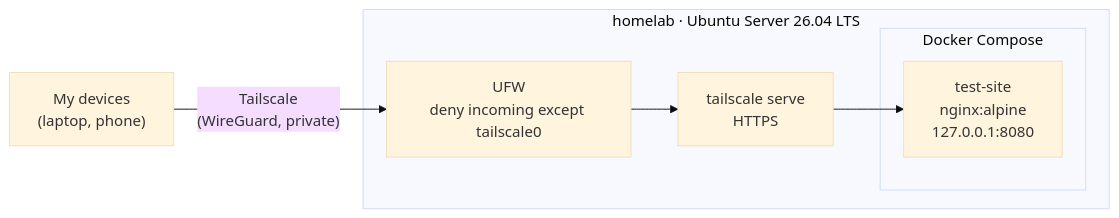
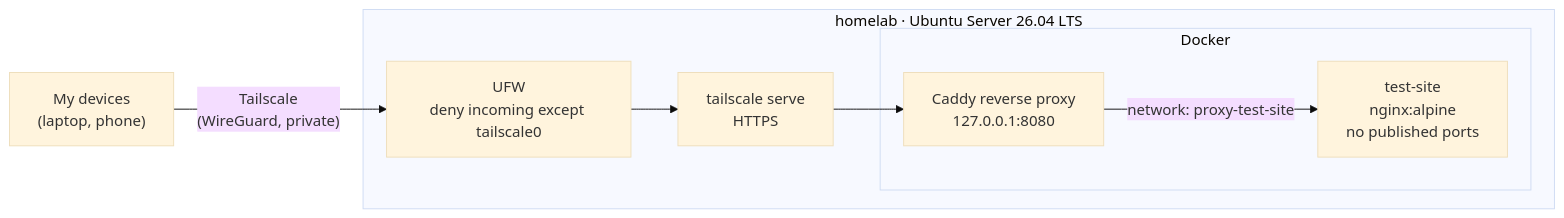
Before and after one commit to Eng-Ben/homelab-infrastructure: the diagram in README.md, drawn with Mermaid (base theme). The commit also changed other lines of this file, not shown here.

````diff
--- a/README.md
+++ b/README.md
@@ -7,14 +7,16 @@
 ```mermaid
 flowchart LR
   Client["My devices<br/>(laptop, phone)"]
 
   subgraph Server["homelab · Ubuntu Server 26.04 LTS"]
     UFW["UFW<br/>deny incoming except tailscale0"]
     Serve["tailscale serve<br/>HTTPS"]
-    subgraph Docker["Docker Compose"]
-      Web["test-site<br/>nginx:alpine<br/>127.0.0.1:8080"]
+    subgraph Docker["Docker"]
+      Caddy["Caddy reverse proxy<br/>127.0.0.1:8080"]
+      Web["test-site<br/>nginx:alpine<br/>no published ports"]
     end
   end
 
-  Client -- "Tailscale<br/>(WireGuard, private)" --> UFW --> Serve --> Web
+  Client -- "Tailscale<br/>(WireGuard, private)" --> UFW --> Serve --> Caddy
+  Caddy -- "network: proxy-test-site" --> Web
 ```
````
